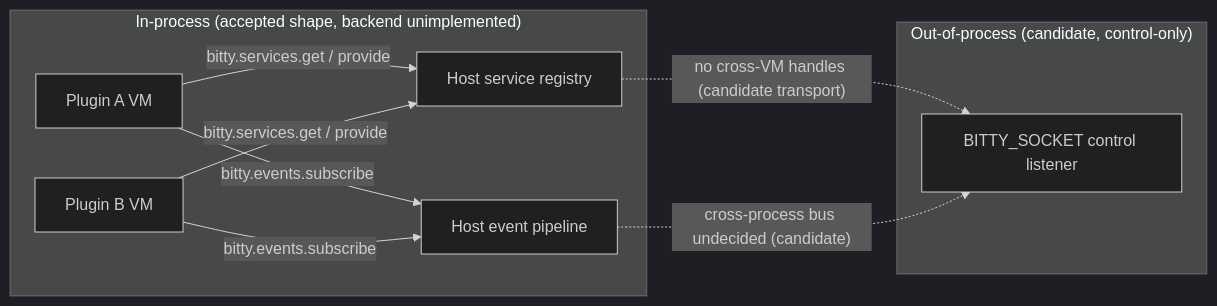
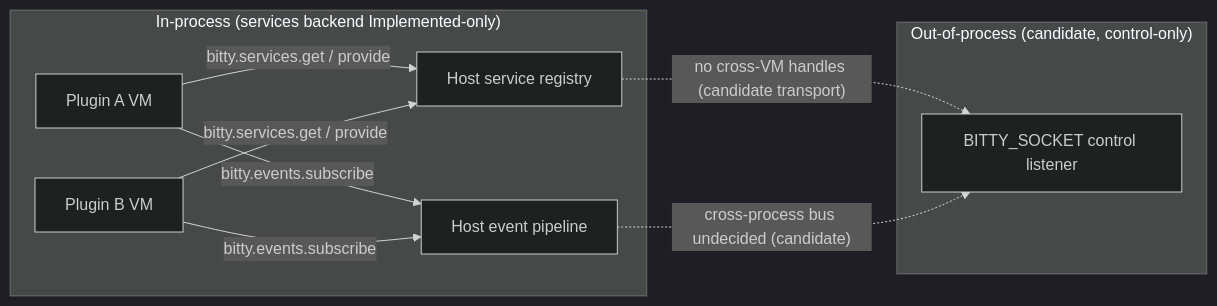
The diagram in extensibility/cross-plugin-composition-candidate.md (bitty-terminal/bitty-plugins-docs), drawn with Mermaid (dark theme) before and after one commit. The commit also changed other lines of this file and 1 other file, not shown here.

First line of the commit message:
[CTX-0085] docs: reconcile service authority and runtime backend (#156)

````diff
--- a/extensibility/cross-plugin-composition-candidate.md
+++ b/extensibility/cross-plugin-composition-candidate.md
@@ -126,14 +128,14 @@
 ```mermaid
 flowchart LR
-  subgraph inprocess["In-process (accepted shape, backend unimplemented)"]
+  subgraph inprocess["In-process (services backend Implemented-only)"]
     A["Plugin A VM"] -->|"bitty.services.get / provide"| H["Host service registry"]
     B["Plugin B VM"] -->|"bitty.services.get / provide"| H
     A -->|"bitty.events.subscribe"| E["Host event pipeline"]
     B -->|"bitty.events.subscribe"| E
   end
   subgraph outofprocess["Out-of-process (candidate, control-only)"]
     S["BITTY_SOCKET control listener"]
   end
   H -. "no cross-VM handles (candidate transport)" .-> S
   E -. "cross-process bus undecided (candidate)" .-> S
 ```
````
